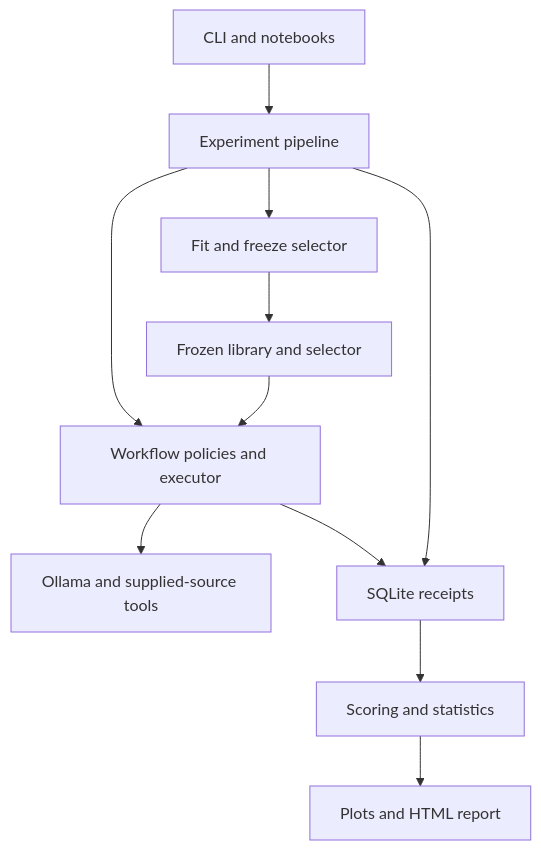
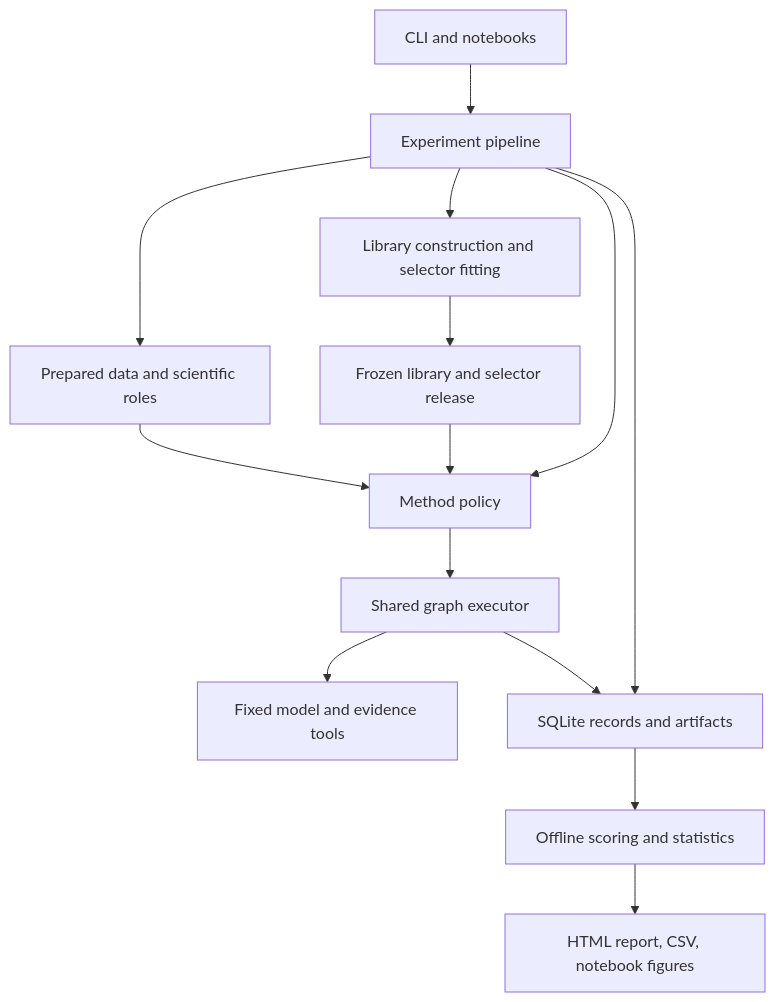
The diagram in docs/architecture.md (AngeloOttendorfer02/workflow-reuse-orchestrator), drawn with Mermaid before and after one commit. The commit also changed other lines of this file and 10 other files, not shown here.

````diff
--- a/docs/architecture.md
+++ b/docs/architecture.md
@@ -115,13 +9,16 @@
 ```mermaid
 flowchart TB
-    E["CLI and notebooks"] --> P["Experiment pipeline"]
-    P --> T["Fit and freeze selector"]
-    P --> W["Workflow policies and executor"]
-    T --> F["Frozen library and selector"]
-    F --> W
-    W --> R["Ollama and supplied-source tools"]
-    W --> S["SQLite receipts"]
-    P --> S
-    S --> A["Scoring and statistics"]
-    A --> V["Plots and HTML report"]
+    UI["CLI and notebooks"] --> PIPE["Experiment pipeline"]
+    PIPE --> DATA["Prepared data and scientific roles"]
+    PIPE --> DEV["Library construction and selector fitting"]
+    DEV --> REL["Frozen library and selector release"]
+    DATA --> POL["Method policy"]
+    REL --> POL
+    PIPE --> POL
+    POL --> EXEC["Shared graph executor"]
+    EXEC --> RT["Fixed model and evidence tools"]
+    EXEC --> STORE["SQLite records and artifacts"]
+    PIPE --> STORE
+    STORE --> SCORE["Offline scoring and statistics"]
+    SCORE --> REPORT["HTML report, CSV, notebook figures"]
 ```
````
